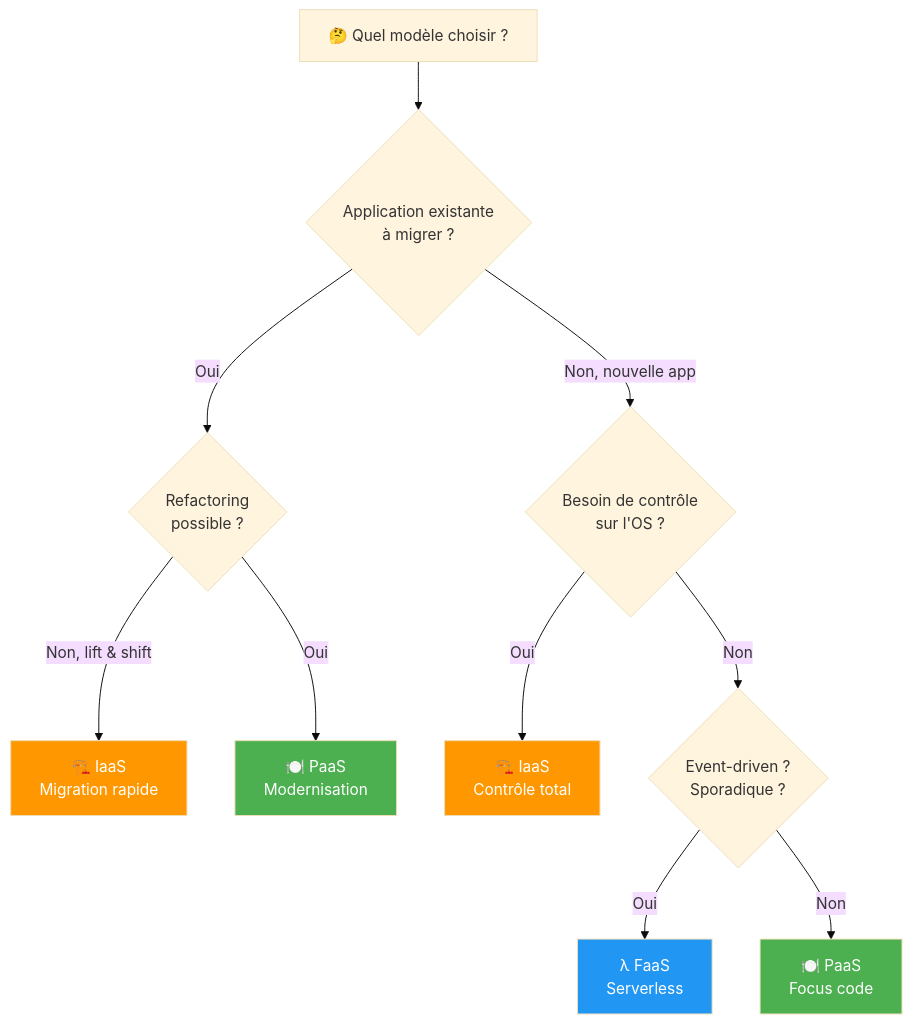
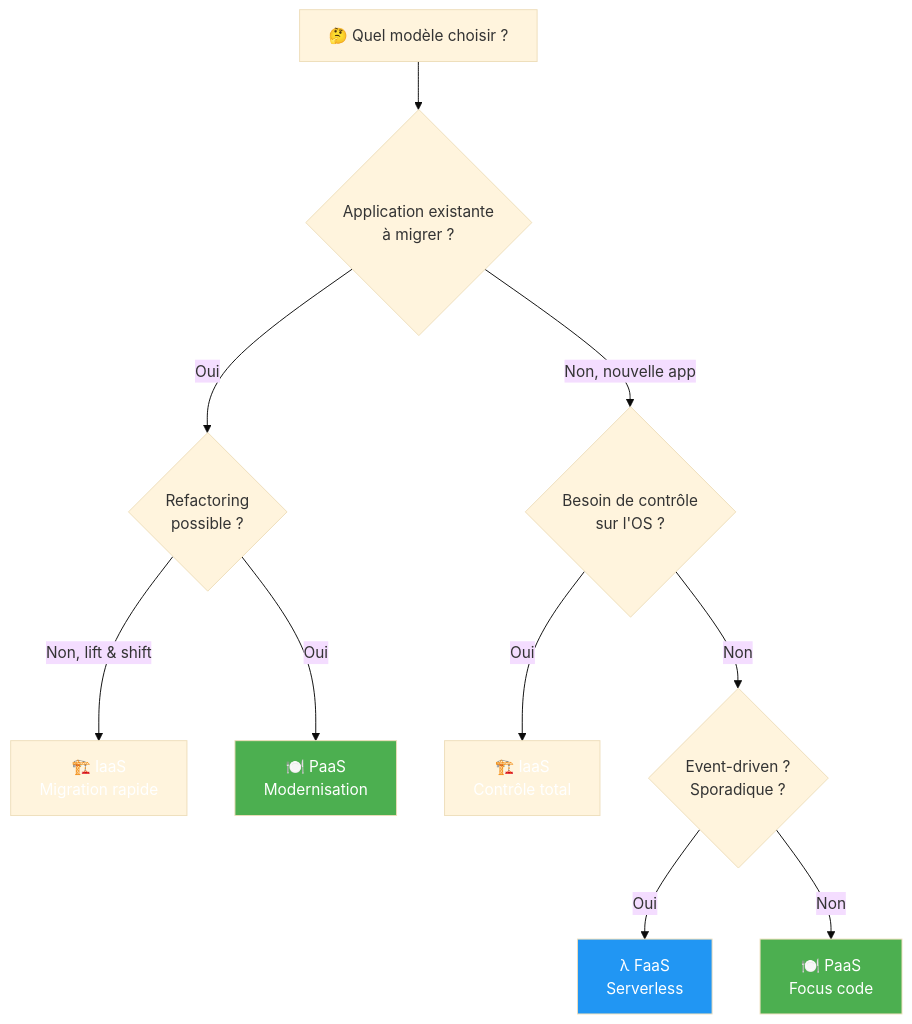
The ninth of 10 diagrams in docs/formations/cloud-fundamentals/02-module.md (VBlackJack/ShellBook), drawn with Mermaid (base theme) before and after one commit. The commit also changed other lines of this file and 337 other files, not shown here.

First line of the commit message:
refactor(docs): Standardize code blocks and Mermaid colors

````diff
--- a/docs/formations/cloud-fundamentals/02-module.md
+++ b/docs/formations/cloud-fundamentals/02-module.md
@@ -409,22 +409,22 @@
 ```mermaid
 flowchart TD
     START["🤔 Quel modèle choisir ?"] --> Q1{"Application existante<br/>à migrer ?"}
 
     Q1 -->|Oui| Q2{"Refactoring<br/>possible ?"}
     Q1 -->|Non, nouvelle app| Q3{"Besoin de contrôle<br/>sur l'OS ?"}
 
     Q2 -->|Non, lift & shift| IAAS["🏗️ IaaS<br/>Migration rapide"]
     Q2 -->|Oui| PAAS["🍽️ PaaS<br/>Modernisation"]
 
     Q3 -->|Oui| IAAS2["🏗️ IaaS<br/>Contrôle total"]
     Q3 -->|Non| Q4{"Event-driven ?<br/>Sporadique ?"}
 
     Q4 -->|Oui| FAAS["λ FaaS<br/>Serverless"]
     Q4 -->|Non| PAAS2["🍽️ PaaS<br/>Focus code"]
 
-    style IAAS fill:#ff9800,color:#fff
-    style IAAS2 fill:#ff9800,color:#fff
+    style IAAS fill:#FF9800800800,color:#fff
+    style IAAS2 fill:#FF9800800800,color:#fff
     style PAAS fill:#4caf50,color:#fff
     style PAAS2 fill:#4caf50,color:#fff
     style FAAS fill:#2196f3,color:#fff
 ```
````
